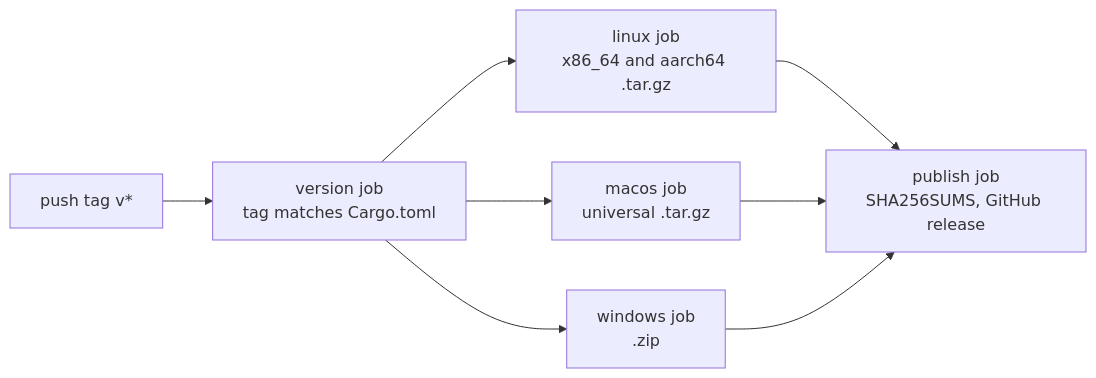
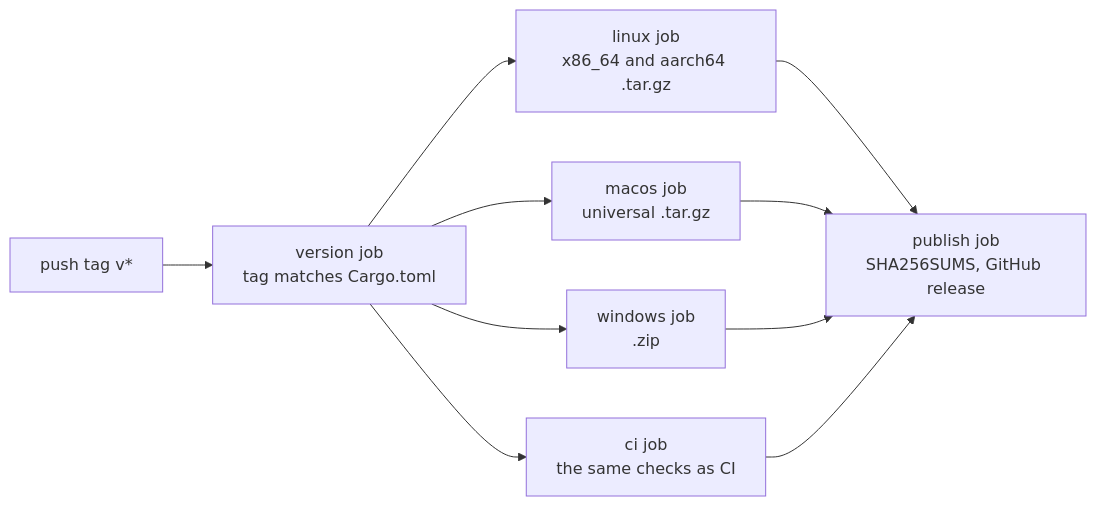
Before and after one commit to JeremyBYU/koi: the diagram in docs/guide/cards/13-dev-loop-build-and-release.md, drawn with Mermaid. The commit also changed other lines of this file and 22 other files, not shown here.

````diff
--- a/docs/guide/cards/13-dev-loop-build-and-release.md
+++ b/docs/guide/cards/13-dev-loop-build-and-release.md
@@ -39,8 +39,9 @@
 ```mermaid
 flowchart LR
   tag["push tag v*"] --> ver["version job<br/>tag matches Cargo.toml"]
   ver --> linux["linux job<br/>x86_64 and aarch64 .tar.gz"]
   ver --> mac["macos job<br/>universal .tar.gz"]
   ver --> win["windows job<br/>.zip"]
-  linux & mac & win --> pub["publish job<br/>SHA256SUMS, GitHub release"]
+  ver --> ci["ci job<br/>the same checks as CI"]
+  linux & mac & win & ci --> pub["publish job<br/>SHA256SUMS, GitHub release"]
 ```
````
